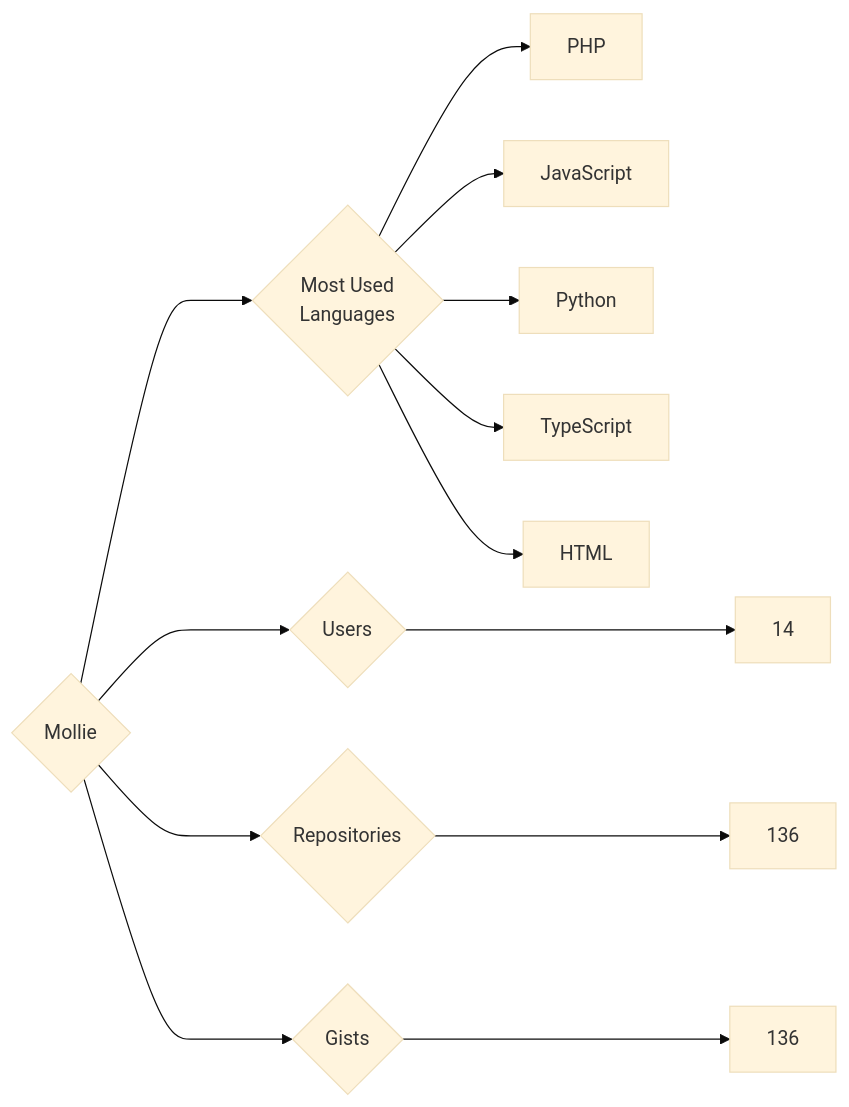
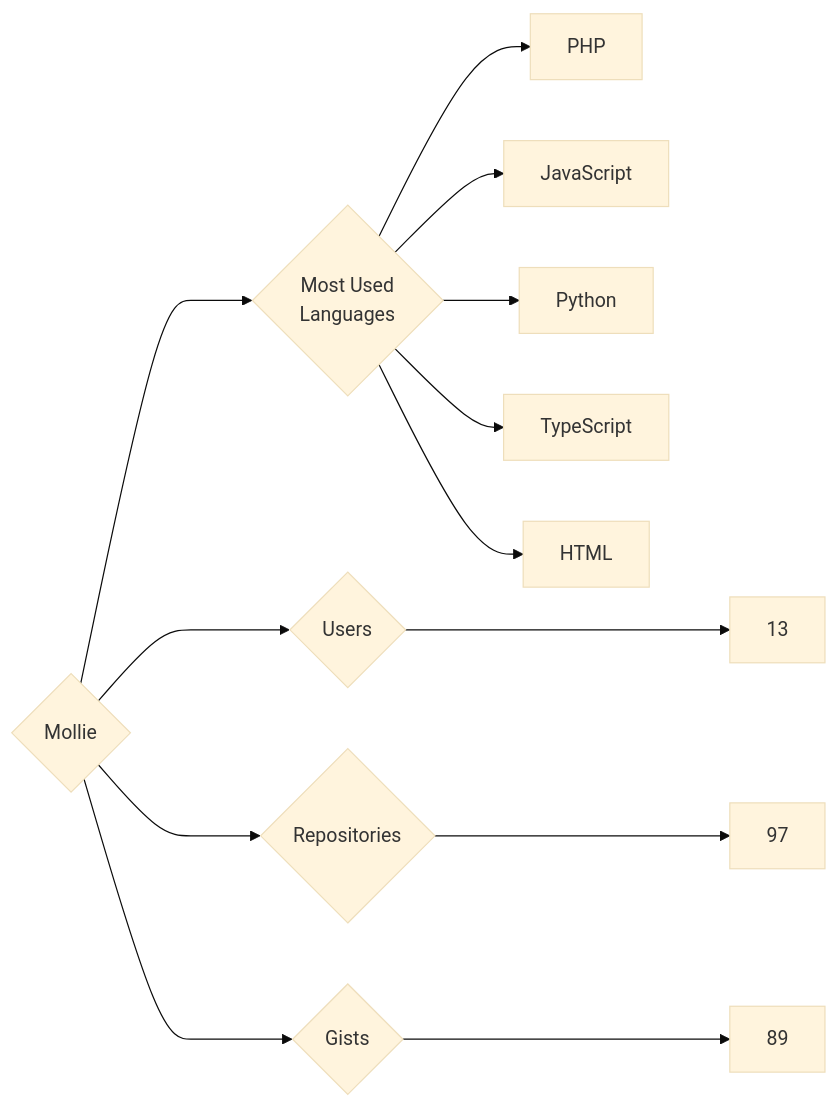
Before and after one commit to trickest/insiders: the diagram in targets/Mollie/README.md, drawn with Mermaid (base theme). The commit also changed 870 other files, not shown here.

````diff
--- a/targets/Mollie/README.md
+++ b/targets/Mollie/README.md
@@ -3,13 +3,13 @@
 ```mermaid
 graph LR
 COMPANY_NAME{Mollie}
-COMPANY_NAME ---> U{Users} ---> UN[14]
-COMPANY_NAME ---> R{Repositories} ---> RN[136]
-COMPANY_NAME ---> G{Gists} ---> GN[136]
+COMPANY_NAME ---> U{Users} ---> UN[13]
+COMPANY_NAME ---> R{Repositories} ---> RN[97]
+COMPANY_NAME ---> G{Gists} ---> GN[89]
 COMPANY_NAME ---> ML{Most Used<br>Languages}
 ML --> PHP[PHP]
 ML --> JavaScript[JavaScript]
 ML --> Python[Python]
 ML --> TypeScript[TypeScript]
 ML --> HTML[HTML]
 ```
````
